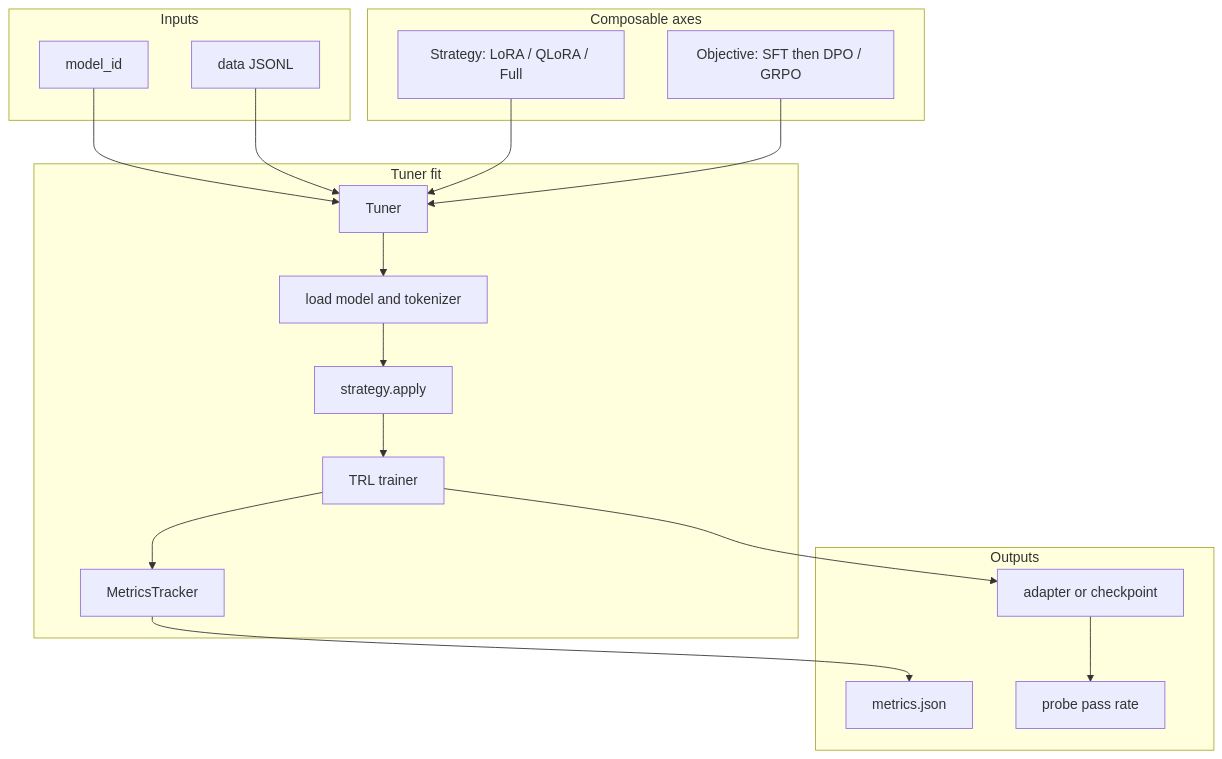
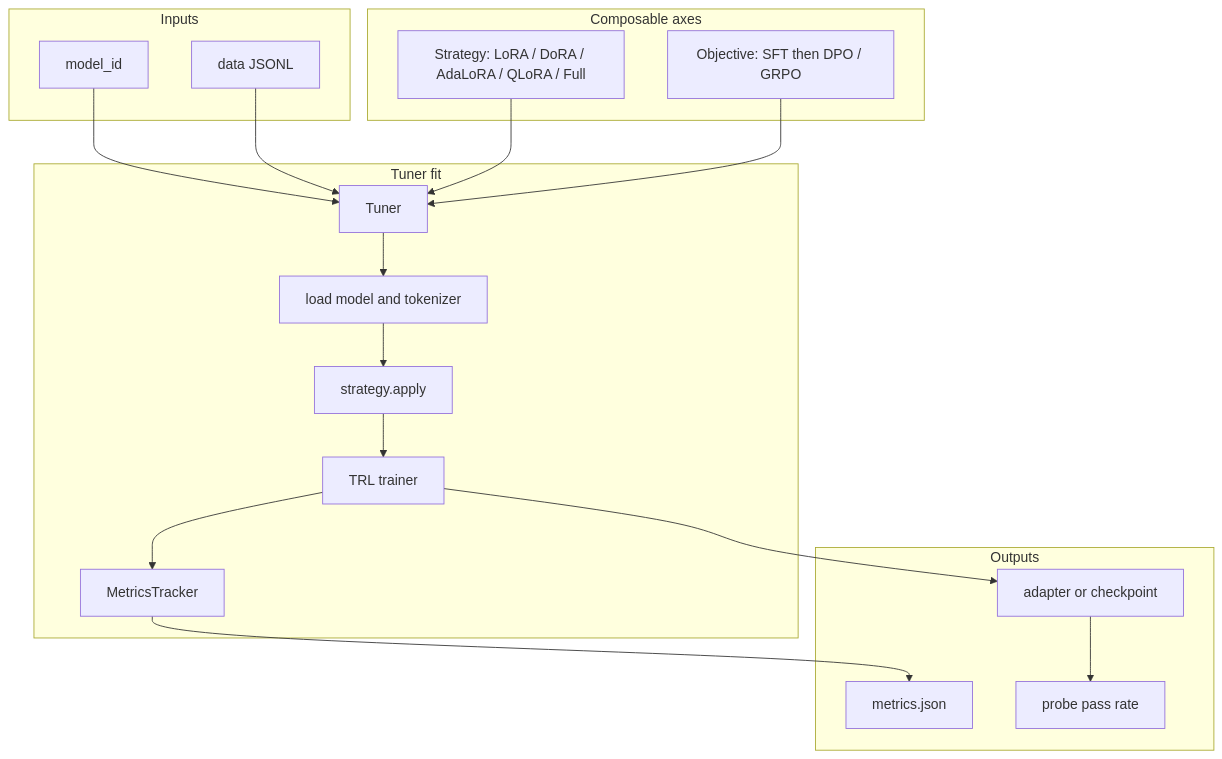
One commit to slickml/slick-tune changed the diagram in README.md. Above: the diagram before and after it, drawn with Mermaid. The commit also changed other lines of this file and 50 other files, not shown here.

````diff
--- a/README.md
+++ b/README.md
@@ -23,35 +62,35 @@
 ```mermaid
 flowchart TB
   subgraph inputs [Inputs]
     modelId[model_id]
     dataJsonl[data JSONL]
   end
 
   subgraph axes [Composable axes]
-    strategyNode["Strategy: LoRA / QLoRA / Full"]
+    strategyNode["Strategy: LoRA / DoRA / AdaLoRA / QLoRA / Full"]
     objectiveNode["Objective: SFT then DPO / GRPO"]
   end
 
   subgraph core [Tuner fit]
     tuner[Tuner]
     loadStep[load model and tokenizer]
     applyStep[strategy.apply]
     trainStep[TRL trainer]
     metricsStep[MetricsTracker]
   end
 
   subgraph outputs [Outputs]
     checkpoint[adapter or checkpoint]
     metricsFile[metrics.json]
     probeRate[probe pass rate]
   end
 
   modelId --> tuner
   dataJsonl --> tuner
   strategyNode --> tuner
   objectiveNode --> tuner
   tuner --> loadStep --> applyStep --> trainStep --> metricsStep
   trainStep --> checkpoint
   metricsStep --> metricsFile
   checkpoint --> probeRate
 ```
````
